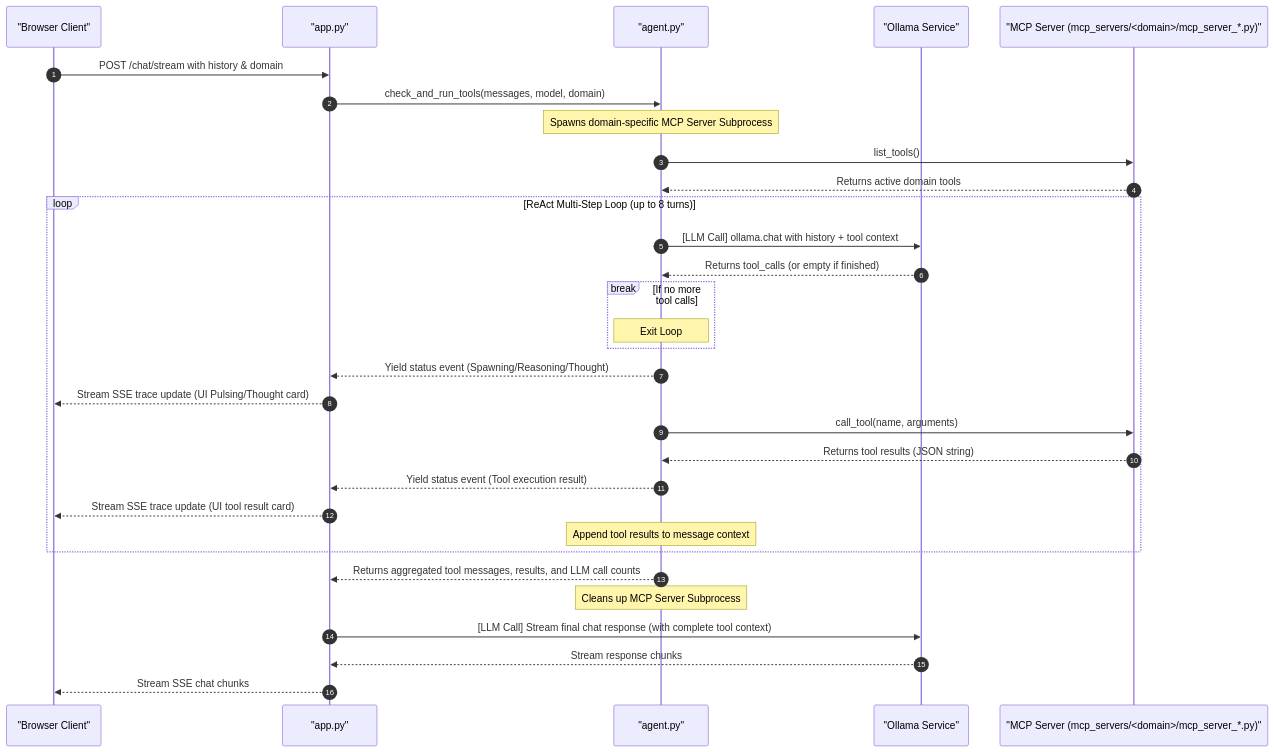
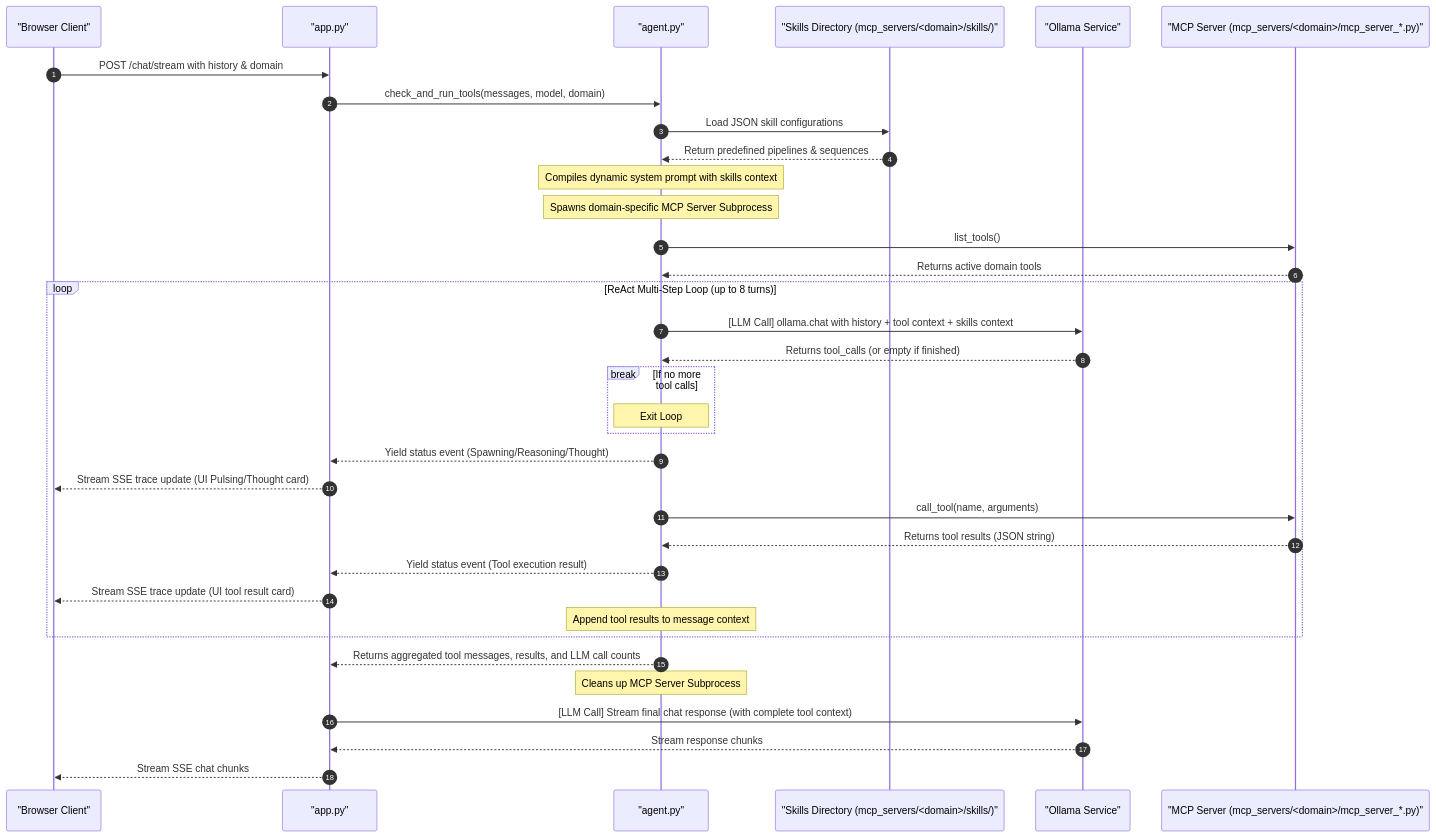
Before and after one commit to vdonthireddy/ollama-gemma-agents-mcp-skills: the second of 4 diagrams in README.md, drawn with Mermaid. The commit also changed other lines of this file, not shown here.

Commit message:
Model skills directory loading and dynamic system prompt compilation in diagrams

````diff
--- a/README.md
+++ b/README.md
@@ -41,36 +42,40 @@
 ```mermaid
 sequenceDiagram
     autonumber
     participant Client as "Browser Client"
     participant App as "app.py"
     participant Agent as "agent.py"
+    participant Skills as "Skills Directory (mcp_servers/<domain>/skills/)"
     participant Ollama as "Ollama Service"
     participant MCPServer as "MCP Server (mcp_servers/<domain>/mcp_server_*.py)"
 
     Client->>App: POST /chat/stream with history & domain
     App->>Agent: check_and_run_tools(messages, model, domain)
+    Agent->>Skills: Load JSON skill configurations
+    Skills-->>Agent: Return predefined pipelines & sequences
+    Note over Agent: Compiles dynamic system prompt with skills context
     Note over Agent: Spawns domain-specific MCP Server Subprocess
     Agent->>MCPServer: list_tools()
     MCPServer-->>Agent: Returns active domain tools
     
     loop ReAct Multi-Step Loop (up to 8 turns)
-        Agent->>Ollama: [LLM Call] ollama.chat with history + tool context
+        Agent->>Ollama: [LLM Call] ollama.chat with history + tool context + skills context
         Ollama-->>Agent: Returns tool_calls (or empty if finished)
         break If no more tool calls
             Note over Agent: Exit Loop
         end
         Agent-->>App: Yield status event (Spawning/Reasoning/Thought)
         App-->>Client: Stream SSE trace update (UI Pulsing/Thought card)
         Agent->>MCPServer: call_tool(name, arguments)
         MCPServer-->>Agent: Returns tool results (JSON string)
         Agent-->>App: Yield status event (Tool execution result)
         App-->>Client: Stream SSE trace update (UI tool result card)
         Note over Agent: Append tool results to message context
     end
     
     Agent-->>App: Returns aggregated tool messages, results, and LLM call counts
     Note over Agent: Cleans up MCP Server Subprocess
     App->>Ollama: [LLM Call] Stream final chat response (with complete tool context)
     Ollama-->>App: Stream response chunks
     App-->>Client: Stream SSE chat chunks
 ```
````
